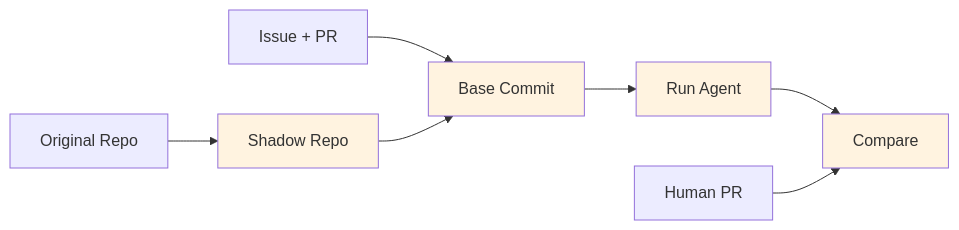
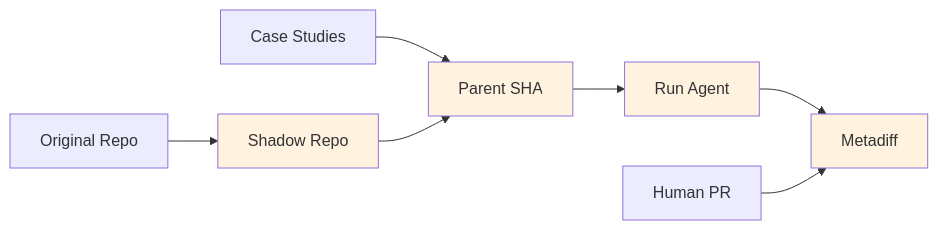
Before and after one commit to ai4curation/ai4c-scribe: the second of 2 diagrams in docs/explanation/index.md, drawn with Mermaid. The commit also changed other lines of this file and 20 other files, not shown here.

````diff
--- a/docs/explanation/index.md
+++ b/docs/explanation/index.md
@@ -45,14 +36,14 @@
 ```mermaid
 graph LR
     ORIG[Original Repo] --> IMP[Shadow Repo]
-    ISSUE[Issue + PR] --> BASE[Base Commit]
+    CS[Case Studies] --> BASE[Parent SHA]
     IMP --> BASE
     BASE --> AGENT[Run Agent]
-    AGENT --> CMP[Compare]
+    AGENT --> CMP[Metadiff]
     PR[Human PR] --> CMP
 
     style IMP fill:#fff3e0
     style BASE fill:#fff3e0
     style AGENT fill:#fff3e0
     style CMP fill:#fff3e0
 ```
````
